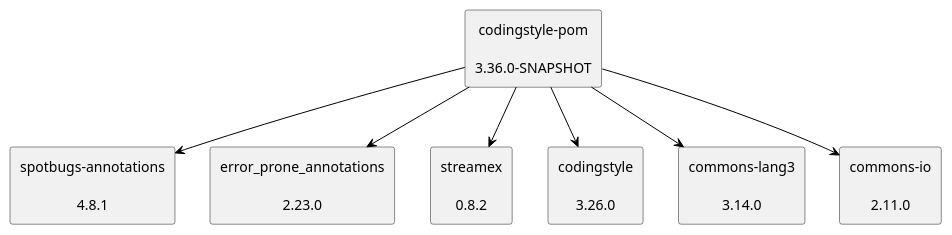
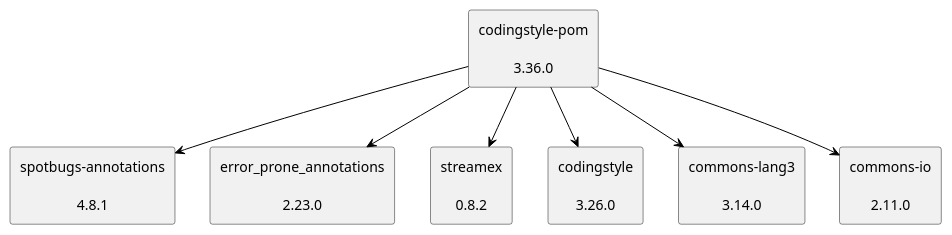
One commit to uhafner/codingstyle-pom changed the diagram in doc/dependency-graph.puml. Above: the diagram before and after it, drawn with PlantUML.

Commit message:
Bump version of codingstyle pom to 3.36.0.

```diff
--- a/doc/dependency-graph.puml
+++ b/doc/dependency-graph.puml
@@ -1,22 +1,22 @@
 @startuml
 skinparam defaultTextAlignment center
 skinparam rectangle {
   BackgroundColor<<optional>> beige
   BackgroundColor<<test>> lightGreen
   BackgroundColor<<runtime>> lightBlue
   BackgroundColor<<provided>> lightGray
 }
-rectangle "codingstyle-pom\n\n3.36.0-SNAPSHOT" as edu_hm_hafner_codingstyle_pom_pom
+rectangle "codingstyle-pom\n\n3.36.0" as edu_hm_hafner_codingstyle_pom_pom
 rectangle "spotbugs-annotations\n\n4.8.1" as com_github_spotbugs_spotbugs_annotations_jar
 rectangle "error_prone_annotations\n\n2.23.0" as com_google_errorprone_error_prone_annotations_jar
 rectangle "streamex\n\n0.8.2" as one_util_streamex_jar
 rectangle "codingstyle\n\n3.26.0" as edu_hm_hafner_codingstyle_jar
 rectangle "commons-lang3\n\n3.14.0" as org_apache_commons_commons_lang3_jar
 rectangle "commons-io\n\n2.11.0" as commons_io_commons_io_jar
 edu_hm_hafner_codingstyle_pom_pom -[#000000]-> com_github_spotbugs_spotbugs_annotations_jar
 edu_hm_hafner_codingstyle_pom_pom -[#000000]-> com_google_errorprone_error_prone_annotations_jar
 edu_hm_hafner_codingstyle_pom_pom -[#000000]-> one_util_streamex_jar
 edu_hm_hafner_codingstyle_pom_pom -[#000000]-> edu_hm_hafner_codingstyle_jar
 edu_hm_hafner_codingstyle_pom_pom -[#000000]-> org_apache_commons_commons_lang3_jar
 edu_hm_hafner_codingstyle_pom_pom -[#000000]-> commons_io_commons_io_jar
 @enduml
```
